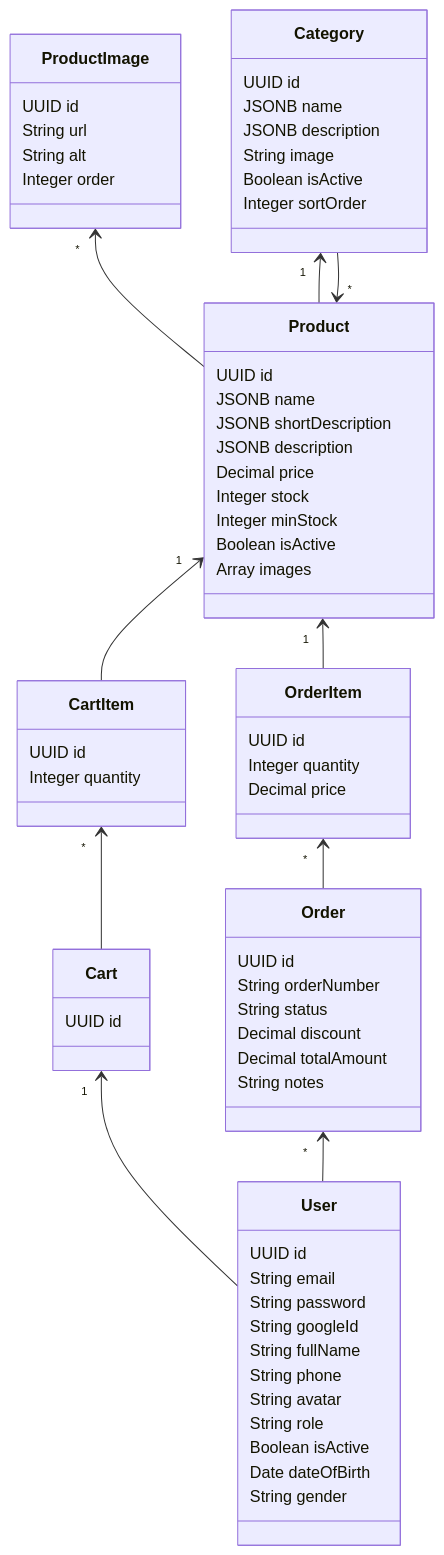
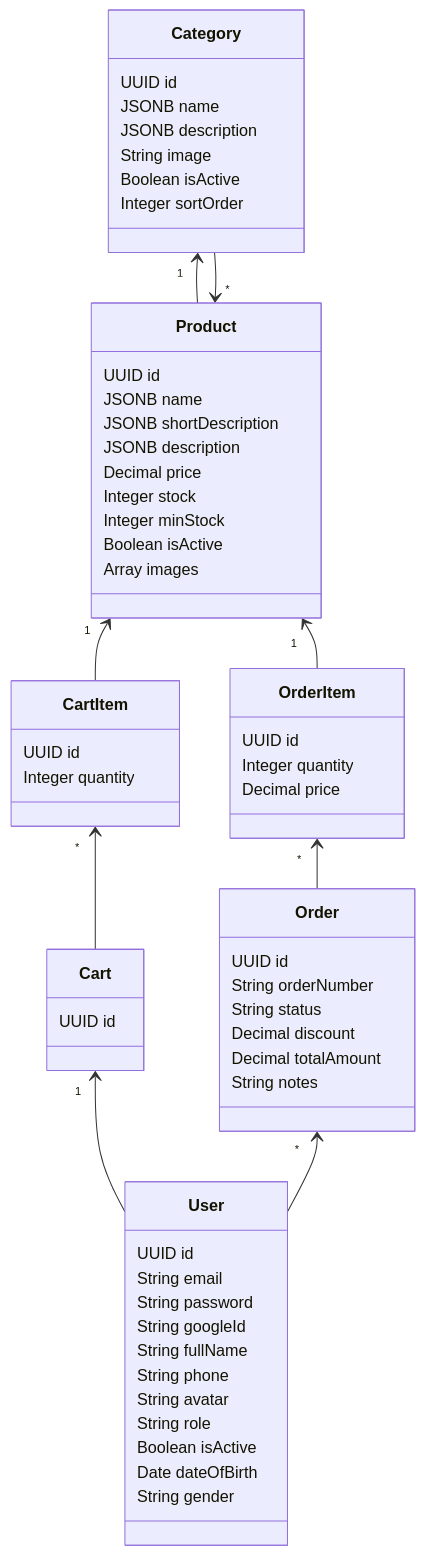
One commit to Marketplace-Bazario/Model changed the diagram in README.md. Above: the diagram before and after it, drawn with Mermaid.

```diff
--- a/README.md
+++ b/README.md
@@ -63,13 +63,6 @@
   Array<String> images
 }
 
-class ProductImage {
-  UUID id
-  String url
-  String alt
-  Integer order
-}
-
 %% === RELATIONS ===
 
 User --> "1" Cart
@@ -80,8 +73,6 @@
 Order --> "*" OrderItem
 OrderItem --> "1" Product
 
-Product --> "*" ProductImage
-
 Product --> "1" Category
 Category --> "*" Product
 
```
